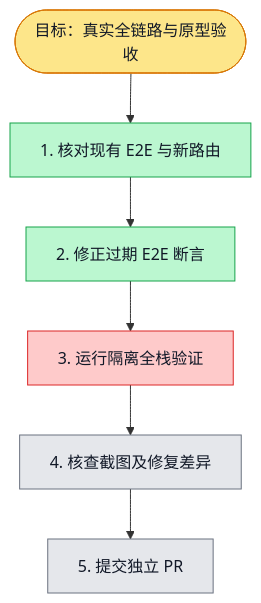
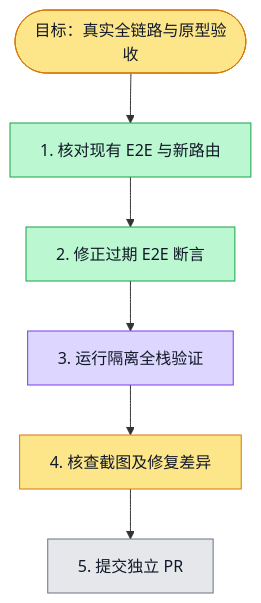
One commit to boardx/workspacex changed the diagram in phases/phase-09-survey/sprints/sprint-08/plans/F14.plan.md. Above: the diagram before and after it, drawn with Mermaid. The commit also changed other lines of this file and 2 other files, not shown here.

Commit message:
docs(survey): record real full-stack acceptance evidence

````diff
--- a/phases/phase-09-survey/sprints/sprint-08/plans/F14.plan.md
+++ b/phases/phase-09-survey/sprints/sprint-08/plans/F14.plan.md
@@ -10,22 +10,21 @@
 ```mermaid
 flowchart TD
   G([目标：真实全链路与原型验收])
   S1[1. 核对现有 E2E 与新路由]
   S2[2. 修正过期 E2E 断言]
   S3[3. 运行隔离全栈验证]
   S4[4. 核查截图及修复差异]
   S5[5. 提交独立 PR]
   G --> S1 --> S2 --> S3 --> S4 --> S5
   classDef todo fill:#e5e7eb,stroke:#6b7280,color:#111827
   classDef doing fill:#fde68a,stroke:#d97706,color:#111827
   classDef done fill:#bbf7d0,stroke:#16a34a,color:#111827
   classDef tested fill:#ddd6fe,stroke:#7c3aed,color:#111827
   classDef blocked fill:#fecaca,stroke:#dc2626,color:#111827
   class G doing
   class S1 done
   class S2 done
-  class S3 blocked
-  %% blocked S3: 隔离栈启动后 Next.js 生产构建超时 240s；浏览器用例未执行
-  class S4 todo
+  class S3 tested
+  class S4 doing
   class S5 todo
 ```
````
